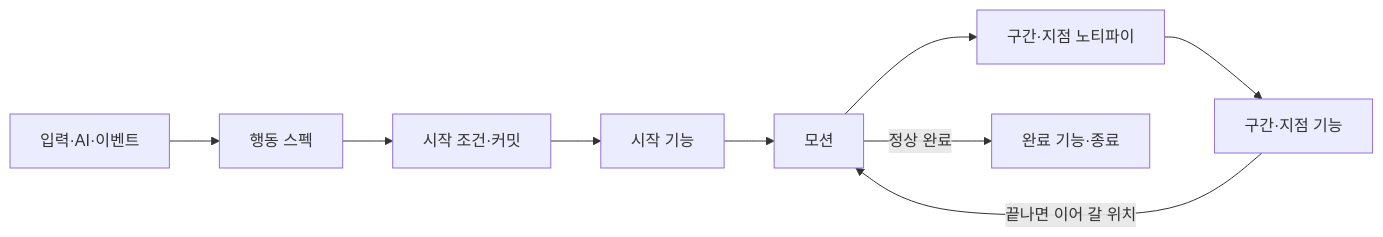
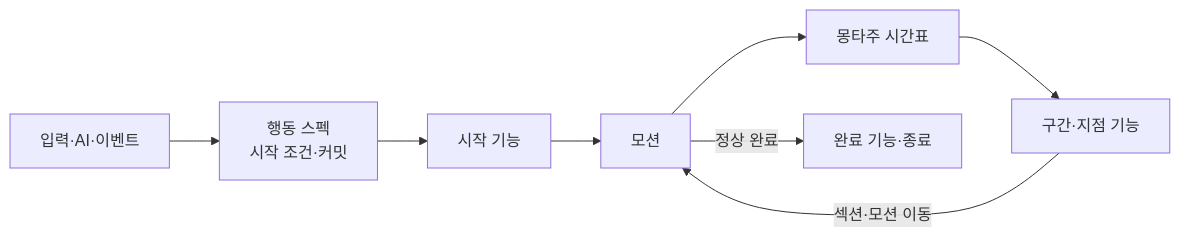
The diagram in Docs/Program/행동 ID 분기 제거 설계안.md (Woogl/Ag), drawn with Mermaid before and after one commit. The commit also changed other lines of this file and 21 other files, not shown here.

````diff
--- a/Docs/Program/행동 ID 분기 제거 설계안.md
+++ b/Docs/Program/행동 ID 분기 제거 설계안.md
@@ -31,11 +24,10 @@
 ```mermaid
 flowchart LR
-    I["입력·AI·이벤트"] --> S["행동 스펙"]
-    S --> C["시작 조건·커밋"]
+    I["입력·AI·이벤트"] --> C["행동 스펙<br>시작 조건·커밋"]
     C --> F["시작 기능"]
     F --> M["모션"]
-    M --> N["구간·지점 노티파이"]
-    N --> W["구간·지점 기능"]
-    W -->|"끝나면 이어 갈 위치"| M
+    M --> T["몽타주 시간표"]
+    T --> W["구간·지점 기능"]
+    W -->|"섹션·모션 이동"| M
     M -->|"정상 완료"| E["완료 기능·종료"]
 ```
````
